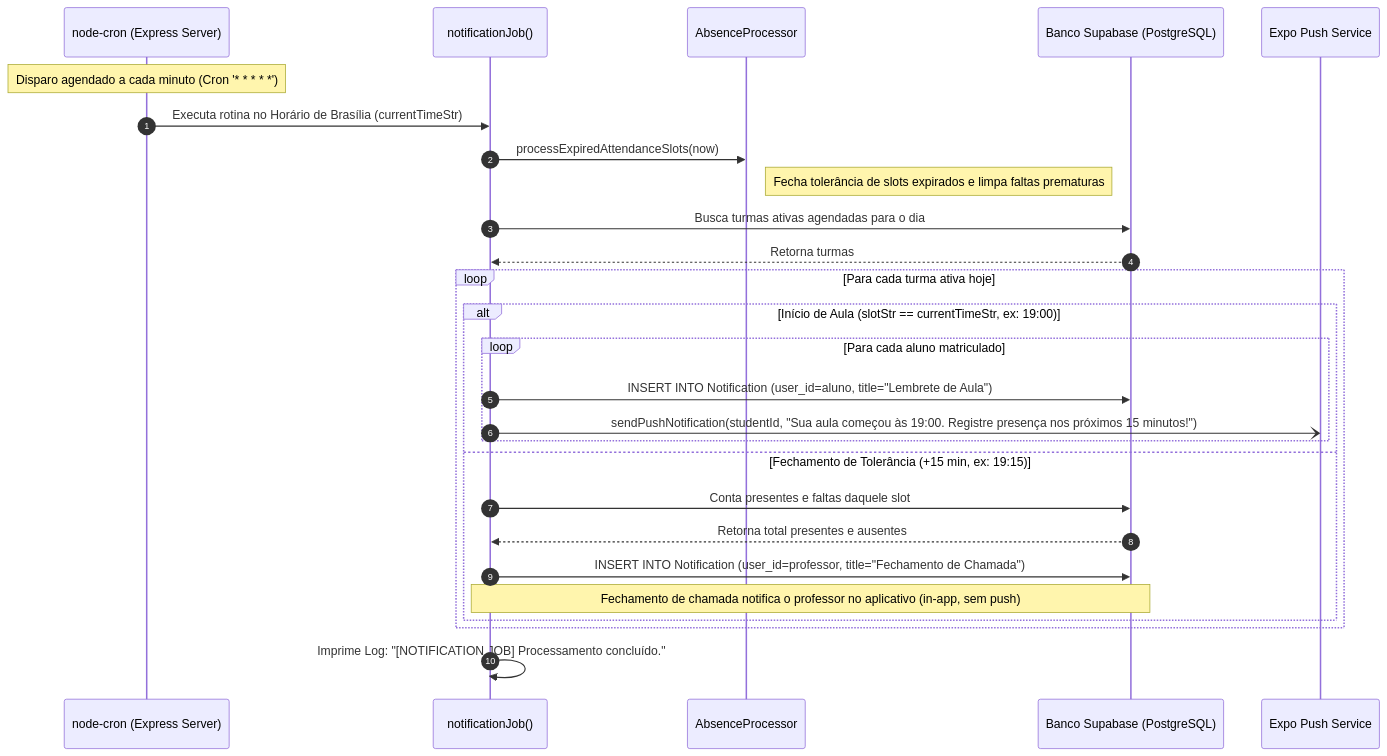
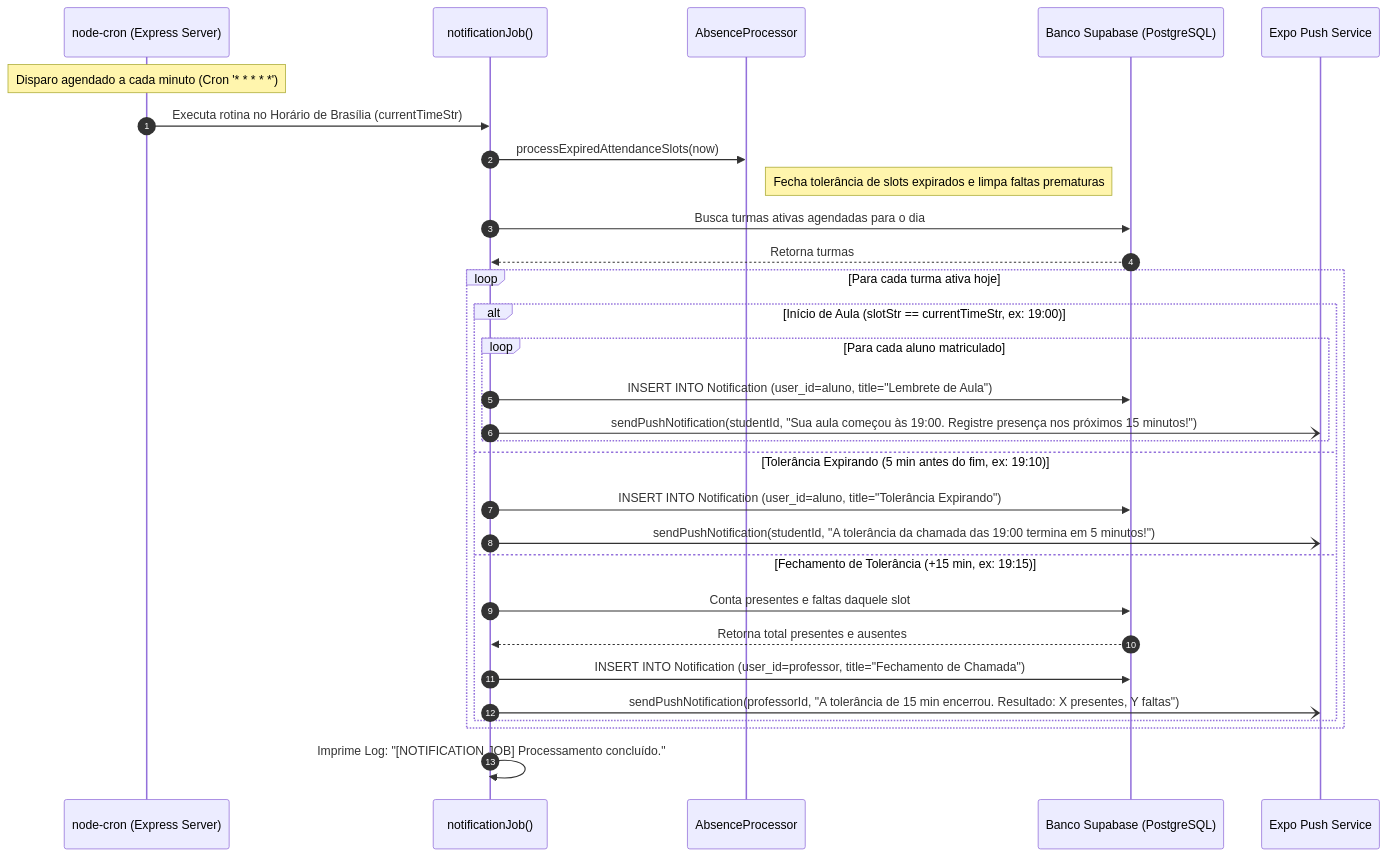
Diagram 17 of 24 in documentacao/diagramas/fluxos.md (caneschi-lais/geoclass), drawn with Mermaid before and after one commit. The commit also changed other lines of this file and 4 other files, not shown here.

````diff
--- a/documentacao/diagramas/fluxos.md
+++ b/documentacao/diagramas/fluxos.md
@@ -610,32 +612,35 @@
 ```mermaid
 sequenceDiagram
     autonumber
     participant Cron as node-cron (Express Server)
     participant Job as notificationJob()
     participant Absence as AbsenceProcessor
     participant DB as Banco Supabase (PostgreSQL)
     participant Push as Expo Push Service
 
     note over Cron: Disparo agendado a cada minuto (Cron '* * * * *')
     Cron->>Job: Executa rotina no Horário de Brasília (currentTimeStr)
     Job->>Absence: processExpiredAttendanceSlots(now)
     note right of Absence: Fecha tolerância de slots expirados e limpa faltas prematuras
 
     Job->>DB: Busca turmas ativas agendadas para o dia
     DB-->>Job: Retorna turmas
 
     loop Para cada turma ativa hoje
         alt Início de Aula (slotStr == currentTimeStr, ex: 19:00)
             loop Para cada aluno matriculado
                 Job->>DB: INSERT INTO Notification (user_id=aluno, title="Lembrete de Aula")
                 Job-)Push: sendPushNotification(studentId, "Sua aula começou às 19:00. Registre presença nos próximos 15 minutos!")
             end
+        else Tolerância Expirando (5 min antes do fim, ex: 19:10)
+            Job->>DB: INSERT INTO Notification (user_id=aluno, title="Tolerância Expirando")
+            Job-)Push: sendPushNotification(studentId, "A tolerância da chamada das 19:00 termina em 5 minutos!")
         else Fechamento de Tolerância (+15 min, ex: 19:15)
             Job->>DB: Conta presentes e faltas daquele slot
             DB-->>Job: Retorna total presentes e ausentes
             Job->>DB: INSERT INTO Notification (user_id=professor, title="Fechamento de Chamada")
-            Note over Job,DB: Fechamento de chamada notifica o professor no aplicativo (in-app, sem push)
+            Job-)Push: sendPushNotification(professorId, "A tolerância de 15 min encerrou. Resultado: X presentes, Y faltas")
         end
     end
     Job->>Job: Imprime Log: "[NOTIFICATION JOB] Processamento concluído."
 ```
````
